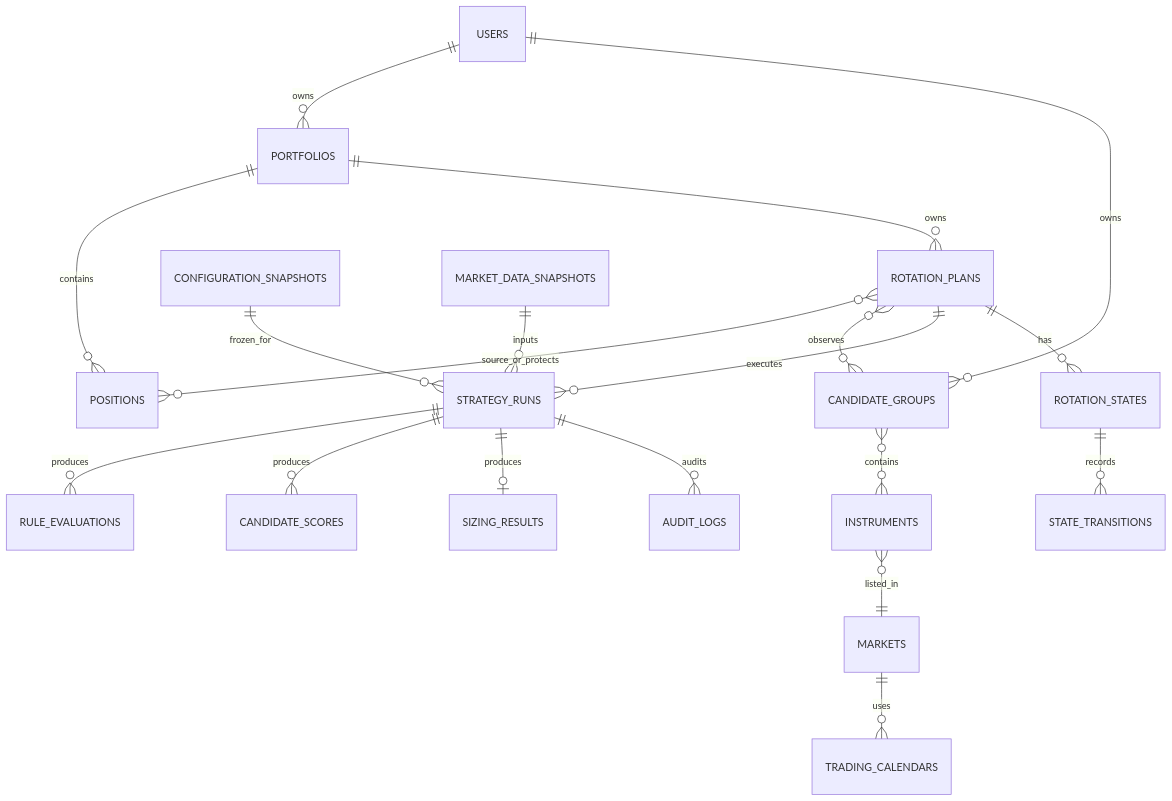
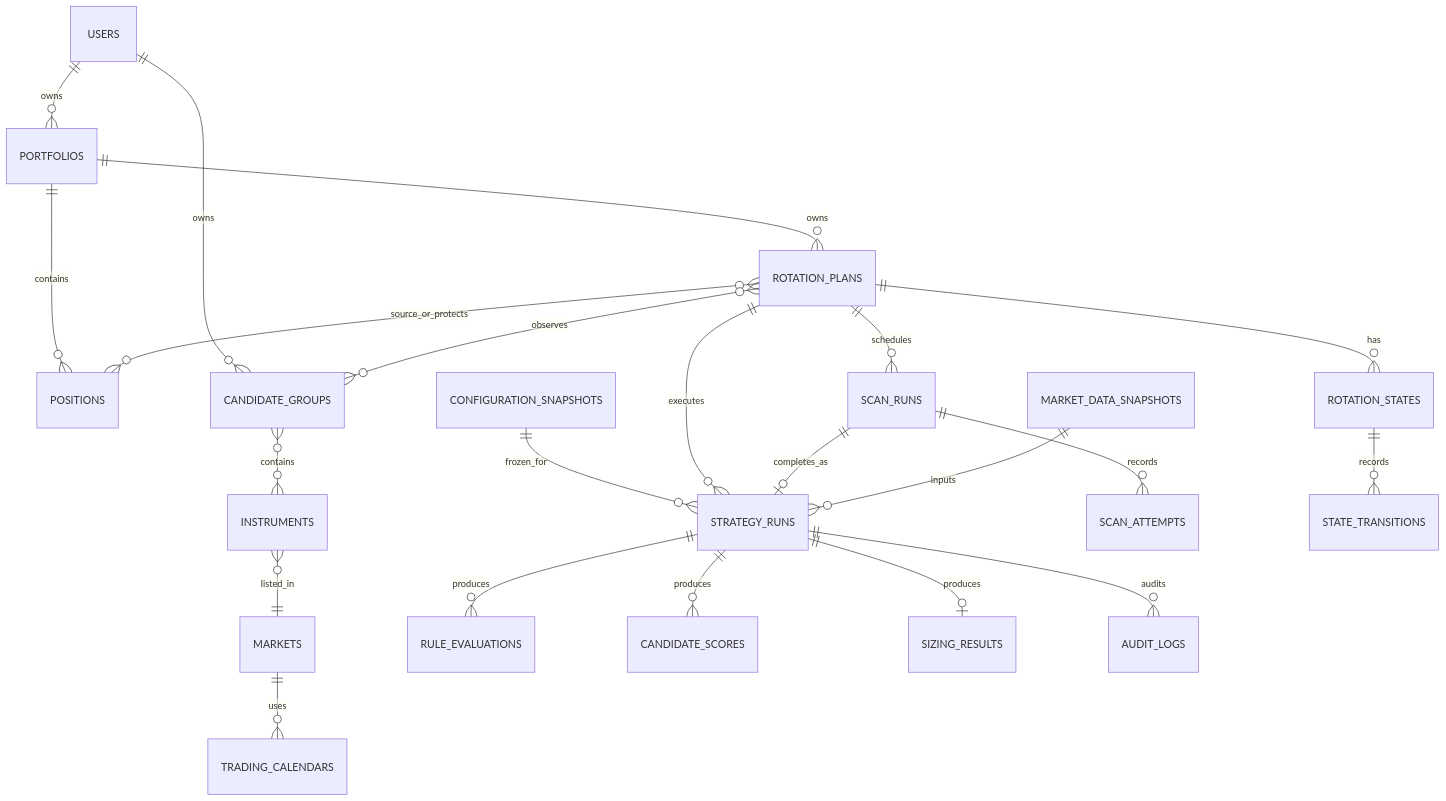
Before and after one commit to golfamigo/tw-stock-swap-monitor: the diagram in docs/database-erd.md, drawn with Mermaid. The commit also changed other lines of this file and 10 other files, not shown here.

```diff
--- a/docs/database-erd.md
+++ b/docs/database-erd.md
@@ -5,21 +5,24 @@
 ~~~mermaid
 erDiagram
   USERS ||--o{ PORTFOLIOS : owns
   PORTFOLIOS ||--o{ POSITIONS : contains
   PORTFOLIOS ||--o{ ROTATION_PLANS : owns
   USERS ||--o{ CANDIDATE_GROUPS : owns
   CANDIDATE_GROUPS }o--o{ INSTRUMENTS : contains
   ROTATION_PLANS }o--o{ POSITIONS : source_or_protects
   ROTATION_PLANS }o--o{ CANDIDATE_GROUPS : observes
   INSTRUMENTS }o--|| MARKETS : listed_in
   MARKETS ||--o{ TRADING_CALENDARS : uses
   CONFIGURATION_SNAPSHOTS ||--o{ STRATEGY_RUNS : frozen_for
   ROTATION_PLANS ||--o{ STRATEGY_RUNS : executes
+  ROTATION_PLANS ||--o{ SCAN_RUNS : schedules
+  SCAN_RUNS ||--o{ SCAN_ATTEMPTS : records
+  SCAN_RUNS ||--o| STRATEGY_RUNS : completes_as
   MARKET_DATA_SNAPSHOTS ||--o{ STRATEGY_RUNS : inputs
   STRATEGY_RUNS ||--o{ RULE_EVALUATIONS : produces
   STRATEGY_RUNS ||--o{ CANDIDATE_SCORES : produces
   STRATEGY_RUNS ||--o| SIZING_RESULTS : produces
   ROTATION_PLANS ||--o{ ROTATION_STATES : has
   ROTATION_STATES ||--o{ STATE_TRANSITIONS : records
   STRATEGY_RUNS ||--o{ AUDIT_LOGS : audits
 ~~~
```
